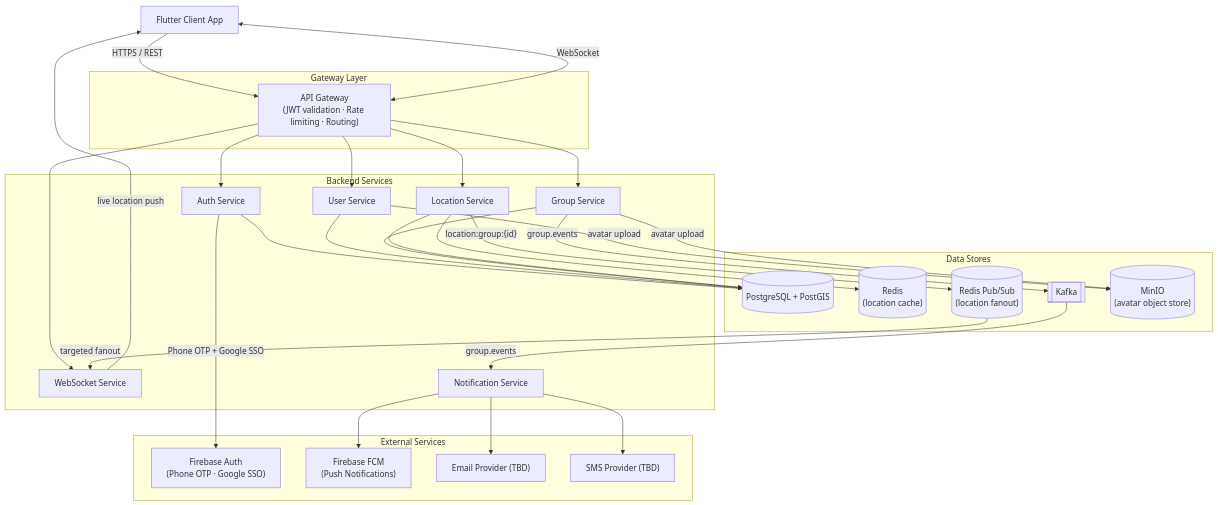
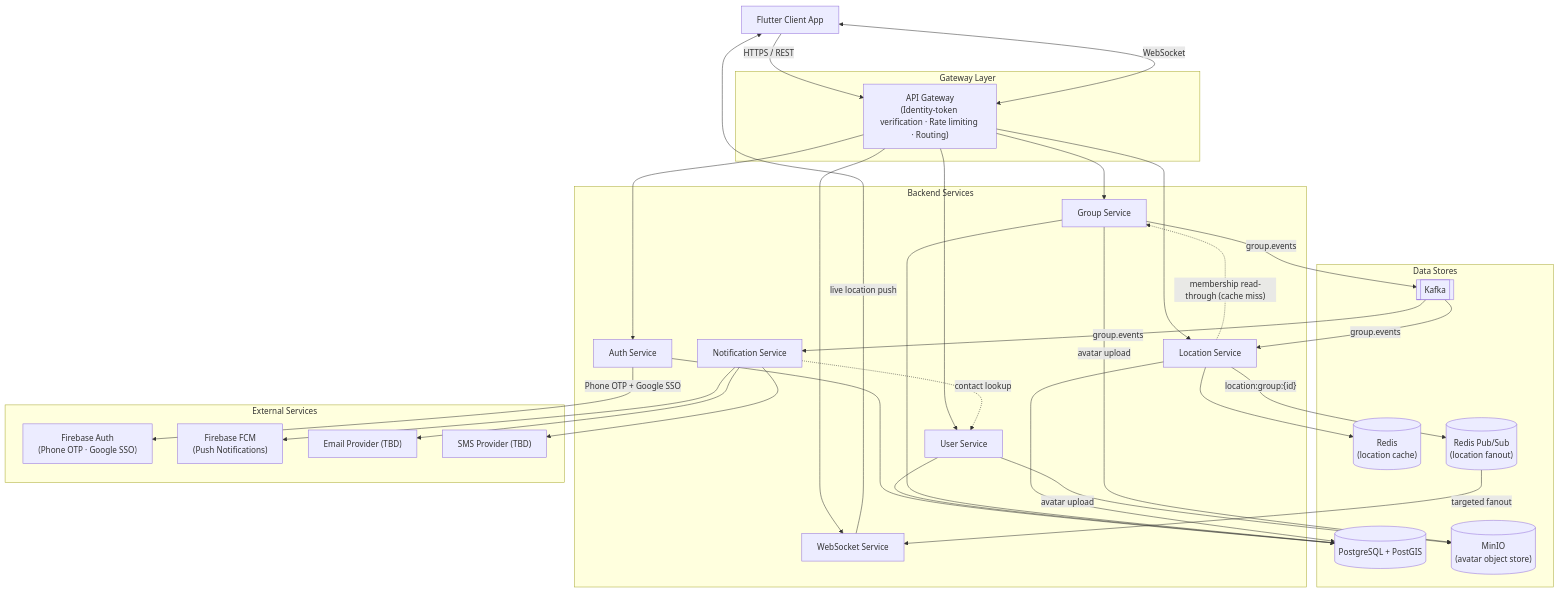
Before and after one commit to swapnilgt/track-my-buds: the diagram in .claude/high_level_architecture.md, drawn with Mermaid. The commit also changed other lines of this file and 2 other files, not shown here.

Commit message:
Updating API gateway, database migration and Kafka events decision

````diff
--- a/.claude/high_level_architecture.md
+++ b/.claude/high_level_architecture.md
@@ -10,63 +10,66 @@
 ```mermaid
 graph TD
     App["Flutter Client App"]
 
     subgraph Gateway Layer
-        GW["API Gateway\n(JWT validation · Rate limiting · Routing)"]
+        GW["API Gateway\n(Identity-token verification · Rate limiting · Routing)"]
     end
 
     subgraph Backend Services
         AuthSvc["Auth Service"]
         UserSvc["User Service"]
         GroupSvc["Group Service"]
         LocationSvc["Location Service"]
         WSSvc["WebSocket Service"]
         NotifSvc["Notification Service"]
     end
 
     subgraph Data Stores
         PG[("PostgreSQL + PostGIS")]
         RedisCache[("Redis\n(location cache)")]
         RedisPubSub[("Redis Pub/Sub\n(location fanout)")]
         Kafka[["Kafka"]]
         Blob[("MinIO\n(avatar object store)")]
     end
 
     subgraph External Services
         FirebaseAuth["Firebase Auth\n(Phone OTP · Google SSO)"]
         FCM["Firebase FCM\n(Push Notifications)"]
         EmailProv["Email Provider (TBD)"]
         SMSProv["SMS Provider (TBD)"]
     end
 
     App -->|"HTTPS / REST"| GW
     App <-->|"WebSocket"| GW
 
     GW --> AuthSvc
     GW --> UserSvc
     GW --> GroupSvc
     GW --> LocationSvc
     GW --> WSSvc
 
     AuthSvc -->|"Phone OTP + Google SSO"| FirebaseAuth
 
     AuthSvc --> PG
     UserSvc --> PG
     UserSvc -->|"avatar upload"| Blob
     GroupSvc --> PG
     GroupSvc -->|"avatar upload"| Blob
     LocationSvc --> PG
     LocationSvc --> RedisCache
     LocationSvc -->|"location:group:{id}"| RedisPubSub
 
     GroupSvc -->|"group.events"| Kafka
 
     Kafka -->|"group.events"| NotifSvc
+    Kafka -->|"group.events"| LocationSvc
+    LocationSvc -.->|"membership read-through (cache miss)"| GroupSvc
     RedisPubSub -->|"targeted fanout"| WSSvc
 
     WSSvc -->|"live location push"| App
 
+    NotifSvc -.->|"contact lookup"| UserSvc
     NotifSvc --> FCM
     NotifSvc --> EmailProv
     NotifSvc --> SMSProv
 ```
````
